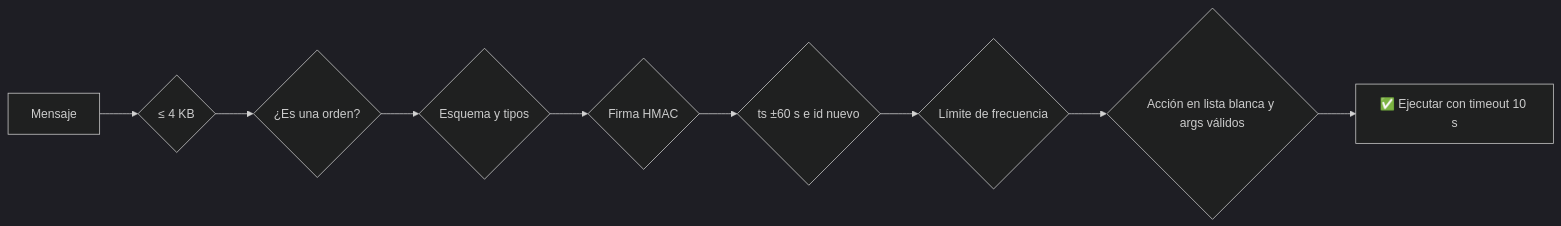
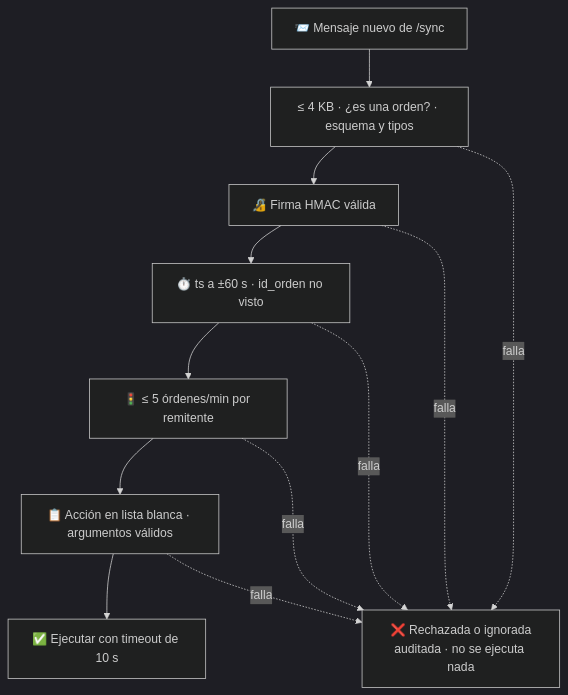
Before and after one commit to yConFi/chatops-bot-seguro: the second of 2 diagrams in README.md, drawn with Mermaid (dark theme).

Commit message:
README: diagrama de la cadena de controles en vertical y legible

````diff
--- a/README.md
+++ b/README.md
@@ -60,6 +60,10 @@
 ```mermaid
-flowchart LR
-    A["Mensaje"] --> B{"≤ 4 KB"} --> C{"¿Es una orden?"} --> D{"Esquema y tipos"}
-    D --> E{"Firma HMAC"} --> F{"ts ±60 s e id nuevo"} --> G{"Límite de frecuencia"}
-    G --> H{"Acción en lista blanca y args válidos"} --> I["✅ Ejecutar con timeout 10 s"]
+flowchart TD
+    A["📨 Mensaje nuevo de /sync"] --> B["≤ 4 KB · ¿es una orden? · esquema y tipos"]
+    B --> C["🔏 Firma HMAC válida"]
+    C --> D["⏱️ ts a ±60 s · id_orden no visto"]
+    D --> E["🚦 ≤ 5 órdenes/min por remitente"]
+    E --> F["📋 Acción en lista blanca · argumentos válidos"]
+    F --> G["✅ Ejecutar con timeout de 10 s"]
+    B & C & D & E & F -. falla .-> X["❌ Rechazada o ignorada<br/>auditada · no se ejecuta nada"]
 ```
````
